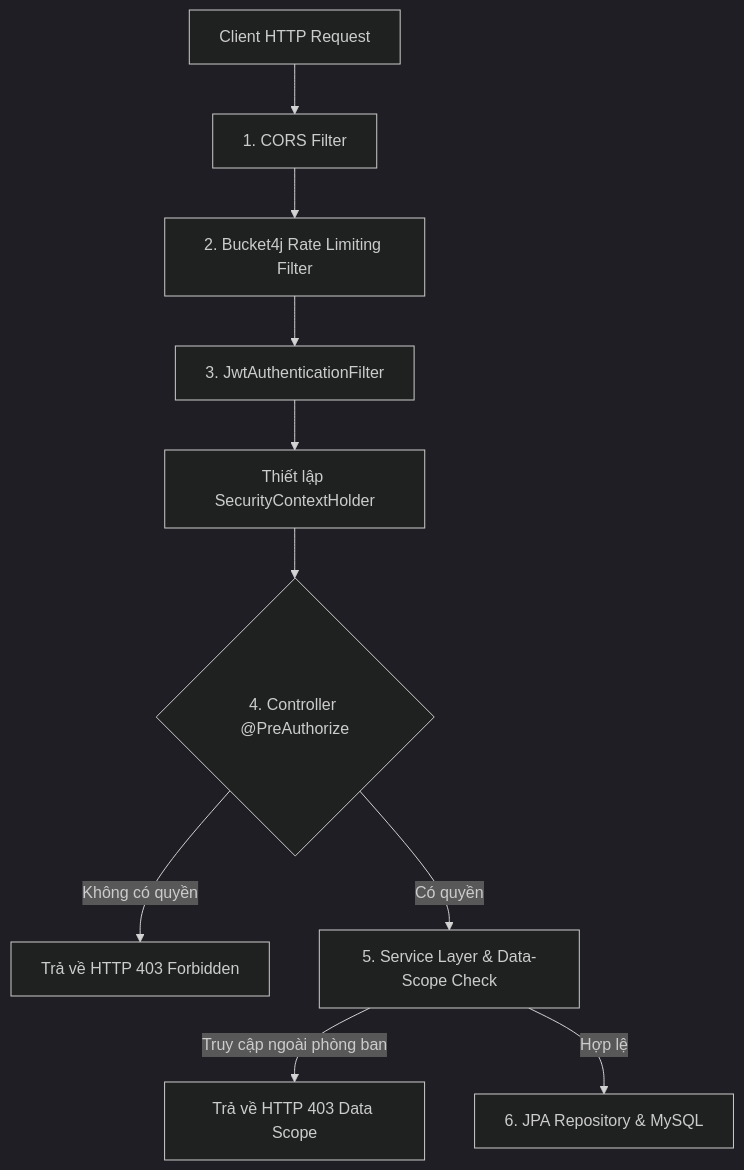
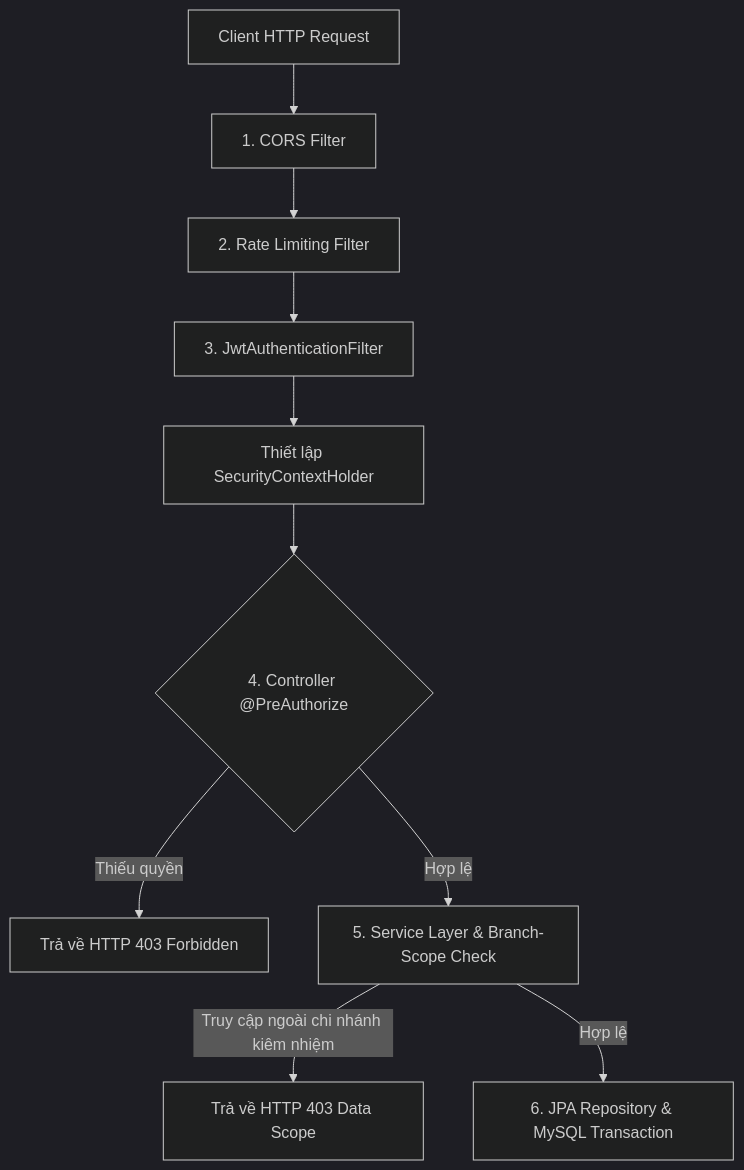
Before and after one commit to NguyenThanhSon2002/EmployeeManagement: the second of 2 diagrams in docs/05-architecture-and-tech-stack.md, drawn with Mermaid (dark theme). The commit also changed other lines of this file and 7 other files, not shown here.

````diff
--- a/docs/05-architecture-and-tech-stack.md
+++ b/docs/05-architecture-and-tech-stack.md
@@ -179,12 +242,12 @@
 ```mermaid
 flowchart TD
     ClientReq[Client HTTP Request] --> CorsFilter[1. CORS Filter]
-    CorsFilter --> RateLimitFilter[2. Bucket4j Rate Limiting Filter]
+    CorsFilter --> RateLimitFilter[2. Rate Limiting Filter]
     RateLimitFilter --> JwtAuthFilter[3. JwtAuthenticationFilter]
     JwtAuthFilter --> SecurityContext[Thiết lập SecurityContextHolder]
     SecurityContext --> MethodAuth{4. Controller @PreAuthorize}
-    MethodAuth -- Không có quyền --> Res403[Trả về HTTP 403 Forbidden]
-    MethodAuth -- Có quyền --> ServiceLayer[5. Service Layer & Data-Scope Check]
-    ServiceLayer -- Truy cập ngoài phòng ban --> Res403Scope[Trả về HTTP 403 Data Scope]
-    ServiceLayer -- Hợp lệ --> RepoLayer[6. JPA Repository & MySQL]
+    MethodAuth -- Thiếu quyền --> Res403[Trả về HTTP 403 Forbidden]
+    MethodAuth -- Hợp lệ --> ServiceLayer[5. Service Layer & Branch-Scope Check]
+    ServiceLayer -- Truy cập ngoài chi nhánh kiêm nhiệm --> Res403Scope[Trả về HTTP 403 Data Scope]
+    ServiceLayer -- Hợp lệ --> RepoLayer[6. JPA Repository & MySQL Transaction]
 ```
````
